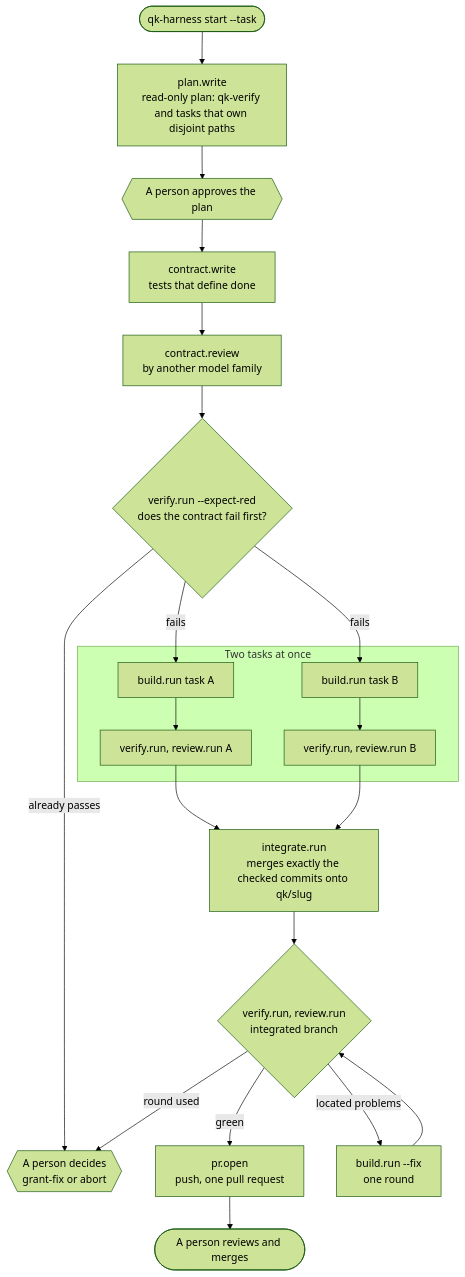
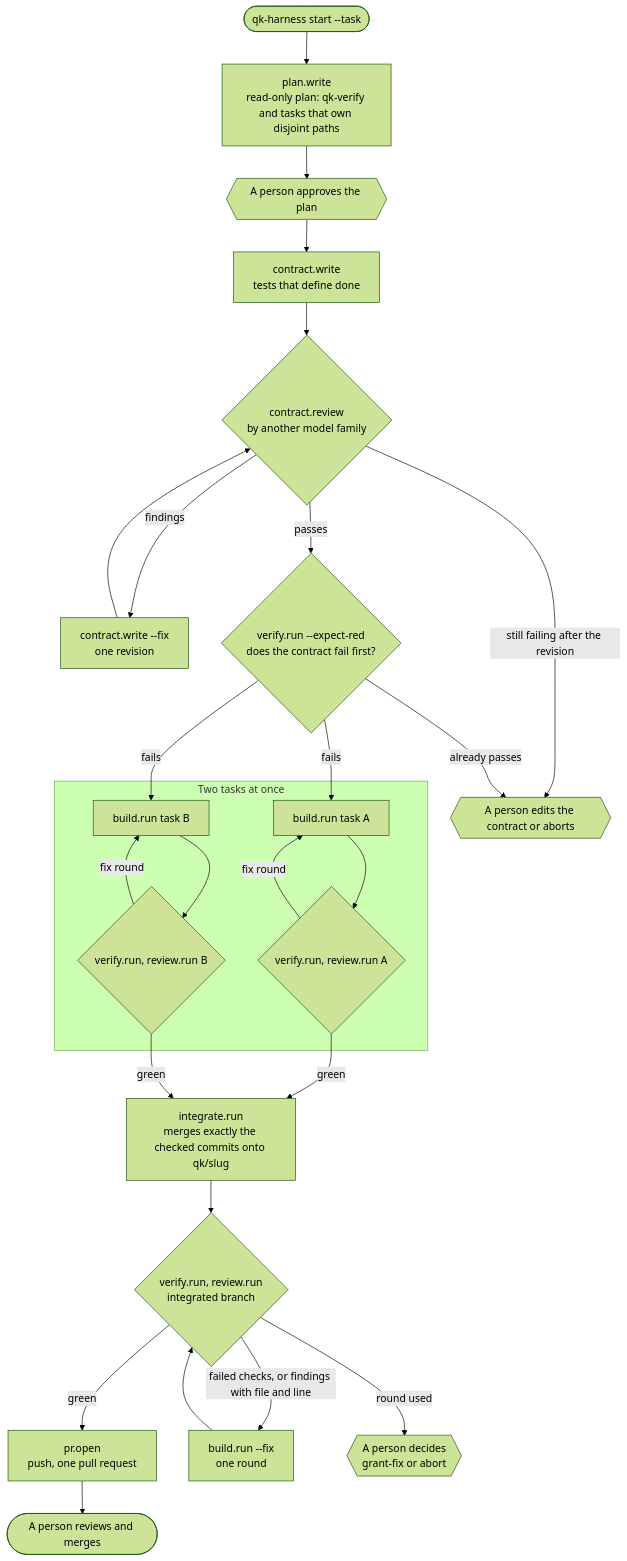
The diagram in README.md (dakiquang/qk-harness), drawn with Mermaid (forest theme) before and after one commit. The commit also changed other lines of this file and 3 other files, not shown here.

First line of the commit message:
docs: show the contract revision, task fix rounds and gates in the diagrams

````diff
--- a/README.md
+++ b/README.md
@@ -15,21 +15,26 @@
 ```mermaid
 flowchart TB
     start(["qk-harness start --task"]) --> plan["plan.write<br/>read-only plan: qk-verify and tasks that own disjoint paths"]
     plan --> gate{{"A person approves the plan"}}
     gate --> contract["contract.write<br/>tests that define done"]
-    contract --> creview["contract.review<br/>by another model family"]
-    creview --> red{"verify.run --expect-red<br/>does the contract fail first?"}
-    red -- "already passes" --> decide
+    contract --> creview{"contract.review<br/>by another model family"}
+    creview -- "findings" --> cfix["contract.write --fix<br/>one revision"]
+    cfix --> creview
+    creview -- "still failing after the revision" --> cdecide
+    creview -- "passes" --> red{"verify.run --expect-red<br/>does the contract fail first?"}
+    red -- "already passes" --> cdecide{{"A person edits the contract or aborts"}}
     red -- "fails" --> buildA & buildB
     subgraph tasks ["Two tasks at once"]
-        buildA["build.run task A"] --> checkA["verify.run, review.run A"]
-        buildB["build.run task B"] --> checkB["verify.run, review.run B"]
+        buildA["build.run task A"] --> checkA{"verify.run, review.run A"}
+        buildB["build.run task B"] --> checkB{"verify.run, review.run B"}
+        checkA -- "fix round" --> buildA
+        checkB -- "fix round" --> buildB
     end
-    checkA & checkB --> integ["integrate.run<br/>merges exactly the checked commits onto qk/slug"]
+    checkA & checkB -- "green" --> integ["integrate.run<br/>merges exactly the checked commits onto qk/slug"]
     integ --> icheck{"verify.run, review.run<br/>integrated branch"}
     icheck -- "green" --> pr["pr.open<br/>push, one pull request"]
-    icheck -- "located problems" --> fix["build.run --fix<br/>one round"]
+    icheck -- "failed checks, or findings with file and line" --> fix["build.run --fix<br/>one round"]
     fix --> icheck
     icheck -- "round used" --> decide{{"A person decides<br/>grant-fix or abort"}}
     pr --> merge(["A person reviews and merges"])
 ```
````
